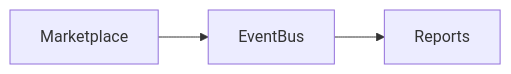
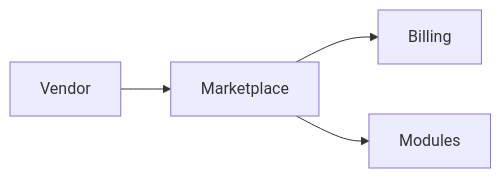
The diagram in ModulesDoc/MARKETPLACE.md (sameheg/cafeos), drawn with Mermaid before and after one commit. The commit also changed other lines of this file and 21 other files, not shown here.

````diff
--- a/ModulesDoc/MARKETPLACE.md
+++ b/ModulesDoc/MARKETPLACE.md
@@ -16,5 +16,6 @@
 ```mermaid
 flowchart LR
-  A[Marketplace] --> B[EventBus]
-  B --> C[Reports]
+  Vendor --> Marketplace
+  Marketplace --> Billing
+  Marketplace --> Modules
 ```
````
